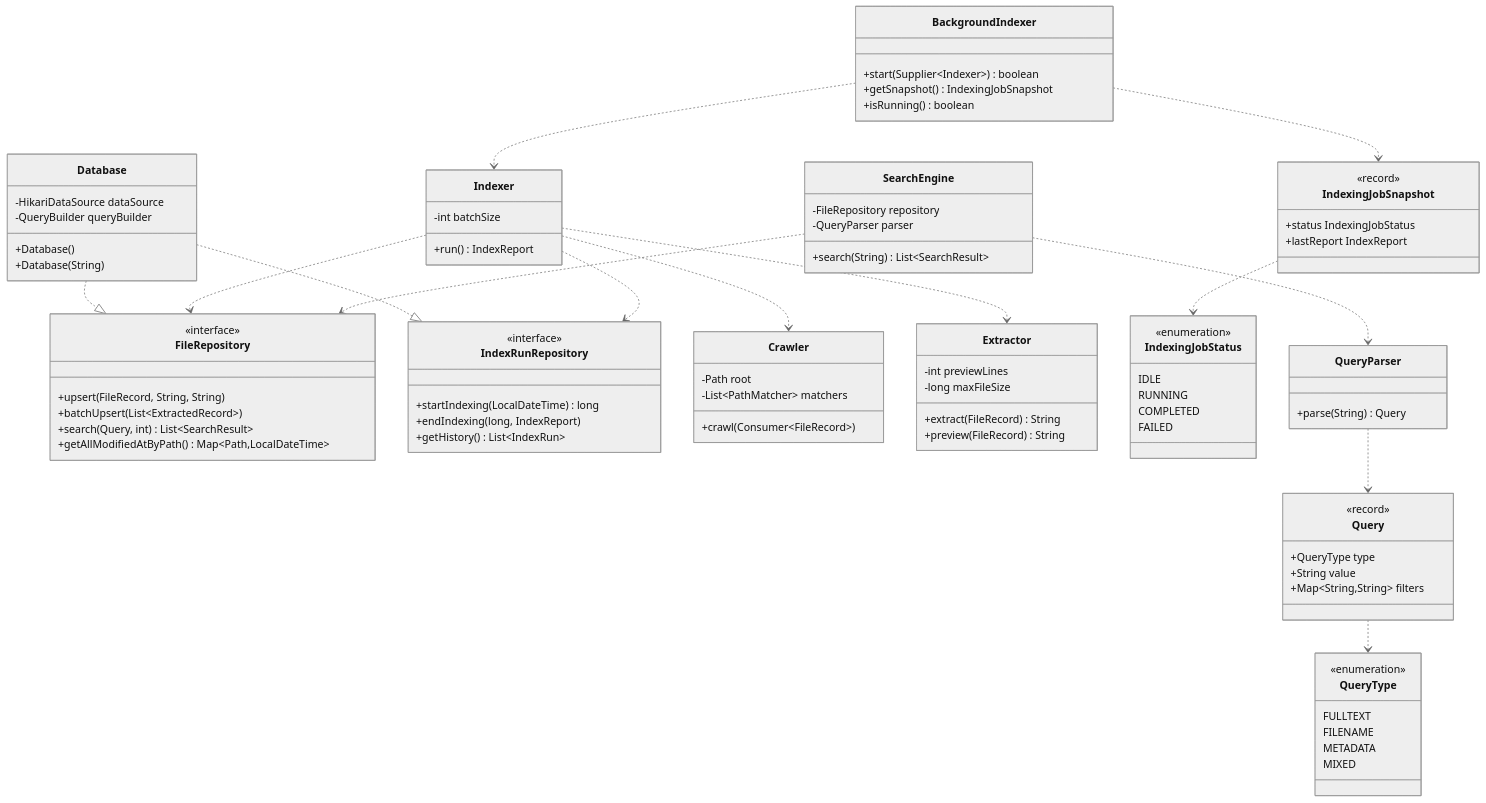
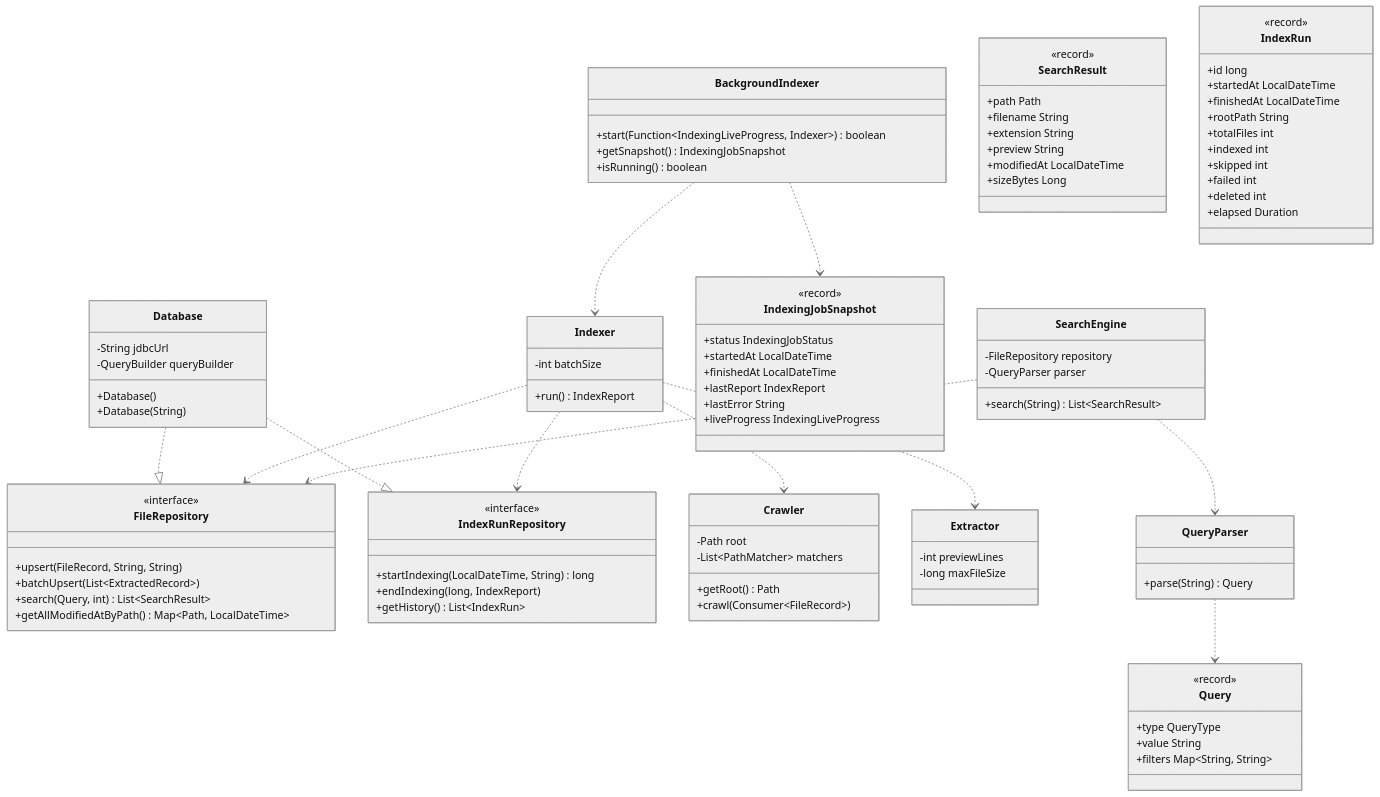
Before and after one commit to ralu2004/Local-File-Search-System: the fifth of 7 diagrams in ARCHITECTURE.md, drawn with Mermaid (neutral theme). The commit also changed other lines of this file, not shown here.

First line of the commit message:
docs(architecture): refine C4 architecture document

````diff
--- a/ARCHITECTURE.md
+++ b/ARCHITECTURE.md
@@ -110,18 +167,18 @@
         +upsert(FileRecord, String, String)
         +batchUpsert(List~ExtractedRecord~)
         +search(Query, int) List~SearchResult~
-        +getAllModifiedAtByPath() Map~Path,LocalDateTime~
+        +getAllModifiedAtByPath() Map~Path, LocalDateTime~
     }
 
     class IndexRunRepository {
         <<interface>>
-        +startIndexing(LocalDateTime) long
+        +startIndexing(LocalDateTime, String) long
         +endIndexing(long, IndexReport)
         +getHistory() List~IndexRun~
     }
 
     class Database {
-        -HikariDataSource dataSource
+        -String jdbcUrl
         -QueryBuilder queryBuilder
         +Database()
         +Database(String)
@@ -130,14 +187,13 @@
     class Crawler {
         -Path root
         -List~PathMatcher~ matchers
+        +getRoot() Path
         +crawl(Consumer~FileRecord~)
     }
 
     class Extractor {
         -int previewLines
         -long maxFileSize
-        +extract(FileRecord) String
-        +preview(FileRecord) String
     }
 
     class Indexer {
@@ -146,7 +202,7 @@
     }
 
     class BackgroundIndexer {
-        +start(Supplier~Indexer~) boolean
+        +start(Function~IndexingLiveProgress, Indexer~) boolean
         +getSnapshot() IndexingJobSnapshot
         +isRunning() boolean
     }
@@ -154,15 +210,11 @@
     class IndexingJobSnapshot {
         <<record>>
         +status IndexingJobStatus
+        +startedAt LocalDateTime
+        +finishedAt LocalDateTime
         +lastReport IndexReport
-    }
-
-    class IndexingJobStatus {
-        <<enumeration>>
-        IDLE
-        RUNNING
-        COMPLETED
-        FAILED
+        +lastError String
+        +liveProgress IndexingLiveProgress
     }
 
     class SearchEngine {
@@ -177,17 +229,33 @@
 
     class Query {
         <<record>>
-        +QueryType type
-        +String value
-        +Map~String,String~ filters
+        +type QueryType
+        +value String
+        +filters Map~String, String~
     }
 
-    class QueryType {
-        <<enumeration>>
-        FULLTEXT
-        FILENAME
-        METADATA
-        MIXED
+    class SearchResult {
+        <<record>>
+        +path Path
+        +filename String
+        +extension String
+        +preview String
+        +modifiedAt LocalDateTime
+        +sizeBytes Long
+    }
+
+    class IndexRun {
+        <<record>>
+        +id long
+        +startedAt LocalDateTime
+        +finishedAt LocalDateTime
+        +rootPath String
+        +totalFiles int
+        +indexed int
+        +skipped int
+        +failed int
+        +deleted int
+        +elapsed Duration
     }
 
     Database ..|> FileRepository
@@ -198,9 +266,7 @@
     Indexer ..> Extractor
     BackgroundIndexer ..> Indexer
     BackgroundIndexer ..> IndexingJobSnapshot
-    IndexingJobSnapshot ..> IndexingJobStatus
     SearchEngine ..> FileRepository
     SearchEngine ..> QueryParser
     QueryParser ..> Query
-    Query ..> QueryType
 ```
````
